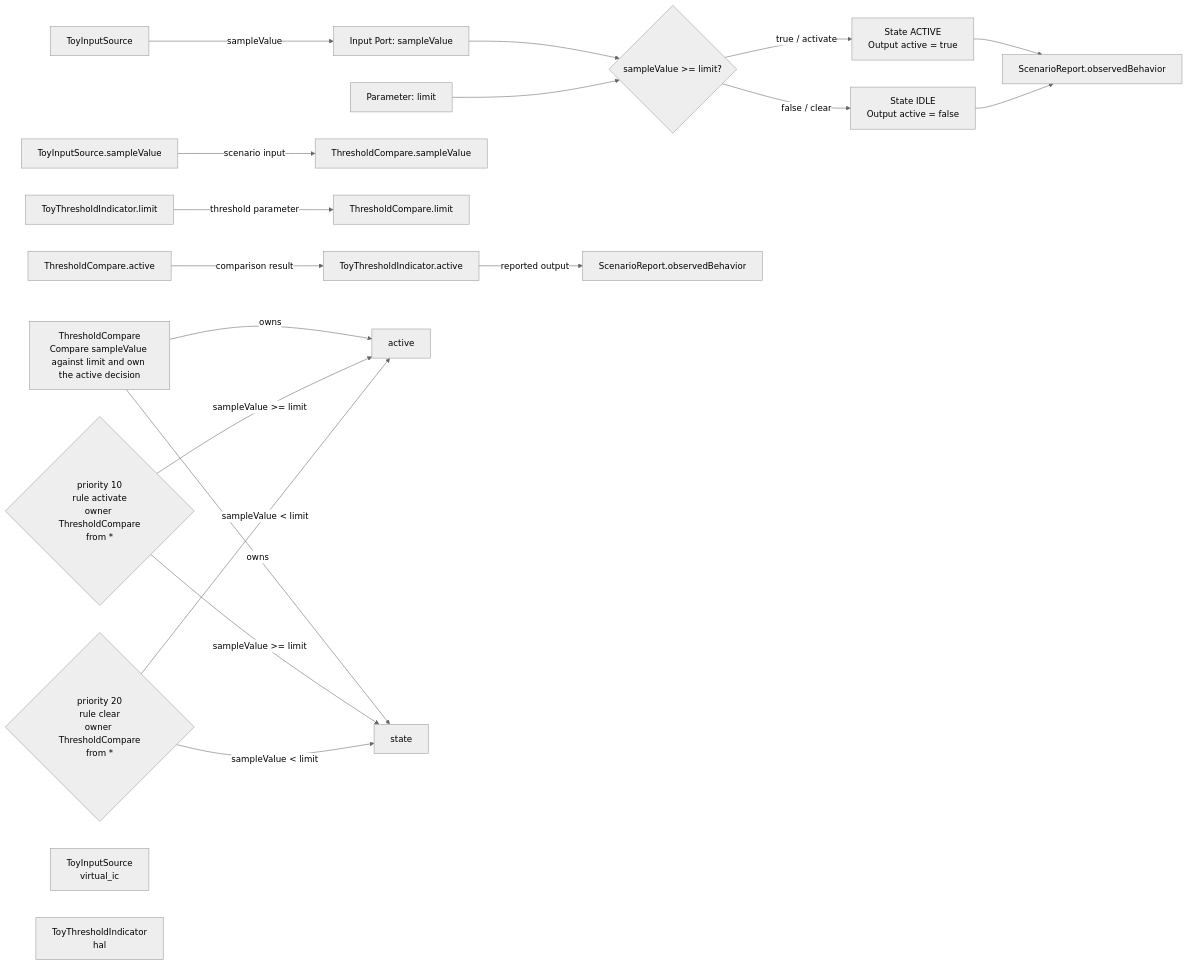
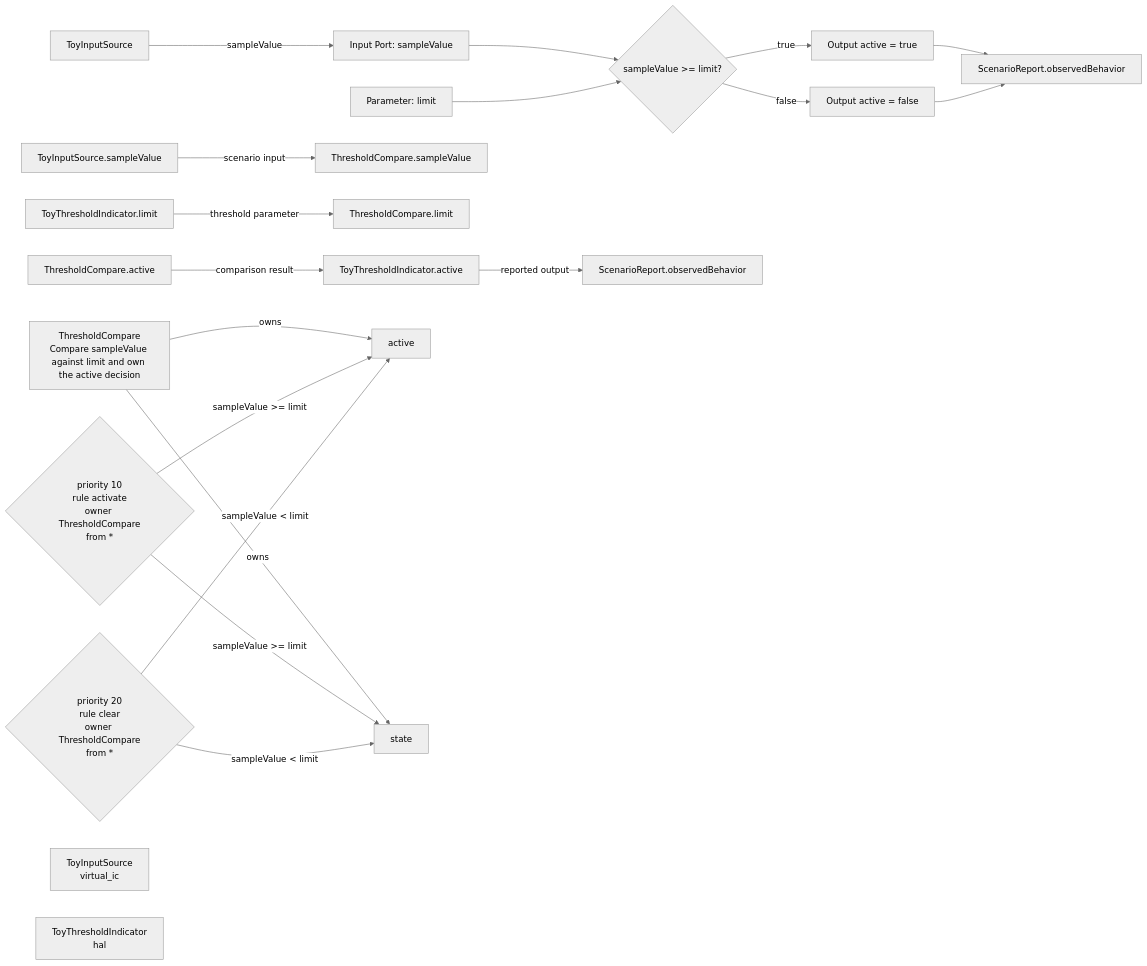
One commit to kino-6/virtual-ecu-peripheral-harness changed the diagram in samples/simple_threshold_indicator/generated/diagram.mmd. Above: the diagram before and after it, drawn with Mermaid (neutral theme). The commit also changed 4 other files, not shown here.

```diff
--- a/samples/simple_threshold_indicator/generated/diagram.mmd
+++ b/samples/simple_threshold_indicator/generated/diagram.mmd
@@ -1,63 +1,63 @@
 flowchart LR
   %% Generated semantic MBD preview from Mermaid-like MBD markup.
   %% Existing MBD tools remain the verification backends.
   %% Semantic MBD Block Diagram
   source_ToyInputSource["ToyInputSource"]
   input_sampleValue["Input Port: sampleValue"]
   parameter_limit["Parameter: limit"]
   decision_activate_clear{"sampleValue >= limit?"}
-  action_activate["State ACTIVE<br/>Output active = true"]
-  action_clear["State IDLE<br/>Output active = false"]
+  action_activate["Output active = true"]
+  action_clear["Output active = false"]
   report_observed_behavior["ScenarioReport.observedBehavior"]
   source_ToyInputSource -->|"sampleValue"| input_sampleValue
   input_sampleValue --> decision_activate_clear
   parameter_limit --> decision_activate_clear
-  decision_activate_clear -->|"true / activate"| action_activate
-  decision_activate_clear -->|"false / clear"| action_clear
+  decision_activate_clear -->|"true"| action_activate
+  decision_activate_clear -->|"false"| action_clear
   action_activate --> report_observed_behavior
   action_clear --> report_observed_behavior
   %% Semantic Trace: SIMPLE-001, SIMPLE-002, SIMPLE-003
   %% Detail trace carriers follow; semantic blocks above are the primary review artifact.
   ToyInputSource_sampleValue["ToyInputSource.sampleValue"]
   ThresholdCompare_sampleValue["ThresholdCompare.sampleValue"]
   %% Trace: SIMPLE-001
   %% ToyInputSource_sampleValue --> ThresholdCompare_sampleValue
   ToyInputSource_sampleValue -->|"scenario input"| ThresholdCompare_sampleValue
   ToyThresholdIndicator_limit["ToyThresholdIndicator.limit"]
   ThresholdCompare_limit["ThresholdCompare.limit"]
   %% Trace: SIMPLE-001, SIMPLE-002
   %% ToyThresholdIndicator_limit --> ThresholdCompare_limit
   ToyThresholdIndicator_limit -->|"threshold parameter"| ThresholdCompare_limit
   ThresholdCompare_active["ThresholdCompare.active"]
   ToyThresholdIndicator_active["ToyThresholdIndicator.active"]
   %% Trace: SIMPLE-001, SIMPLE-002
   %% ThresholdCompare_active --> ToyThresholdIndicator_active
   ThresholdCompare_active -->|"comparison result"| ToyThresholdIndicator_active
   ToyThresholdIndicator_active["ToyThresholdIndicator.active"]
   ScenarioReport_observedBehavior["ScenarioReport.observedBehavior"]
   %% Trace: SIMPLE-003
   %% ToyThresholdIndicator_active --> ScenarioReport_observedBehavior
   ToyThresholdIndicator_active -->|"reported output"| ScenarioReport_observedBehavior
   function_ThresholdCompare["ThresholdCompare<br/>Compare sampleValue against limit and own the active decision"]
   %% Function Trace: SIMPLE-001, SIMPLE-002, SIMPLE-003
   active["active"]
   function_ThresholdCompare -->|"owns"| active
   state["state"]
   function_ThresholdCompare -->|"owns"| state
   rule_activate{"priority 10<br/>rule activate<br/>owner ThresholdCompare<br/>from *"}
   %% Trace: SIMPLE-001, SIMPLE-003
   %% Scenarios: above_limit
   state["state"]
   rule_activate -->|"sampleValue >= limit"| state
   active["active"]
   rule_activate -->|"sampleValue >= limit"| active
   rule_clear{"priority 20<br/>rule clear<br/>owner ThresholdCompare<br/>from *"}
   %% Trace: SIMPLE-002, SIMPLE-003
   state["state"]
   rule_clear -->|"sampleValue < limit"| state
   active["active"]
   rule_clear -->|"sampleValue < limit"| active
   ToyInputSource["ToyInputSource<br/>virtual_ic"]
   %% Trace: SIMPLE-001
   ToyThresholdIndicator["ToyThresholdIndicator<br/>hal"]
   %% Trace: SIMPLE-001, SIMPLE-002, SIMPLE-003
```
